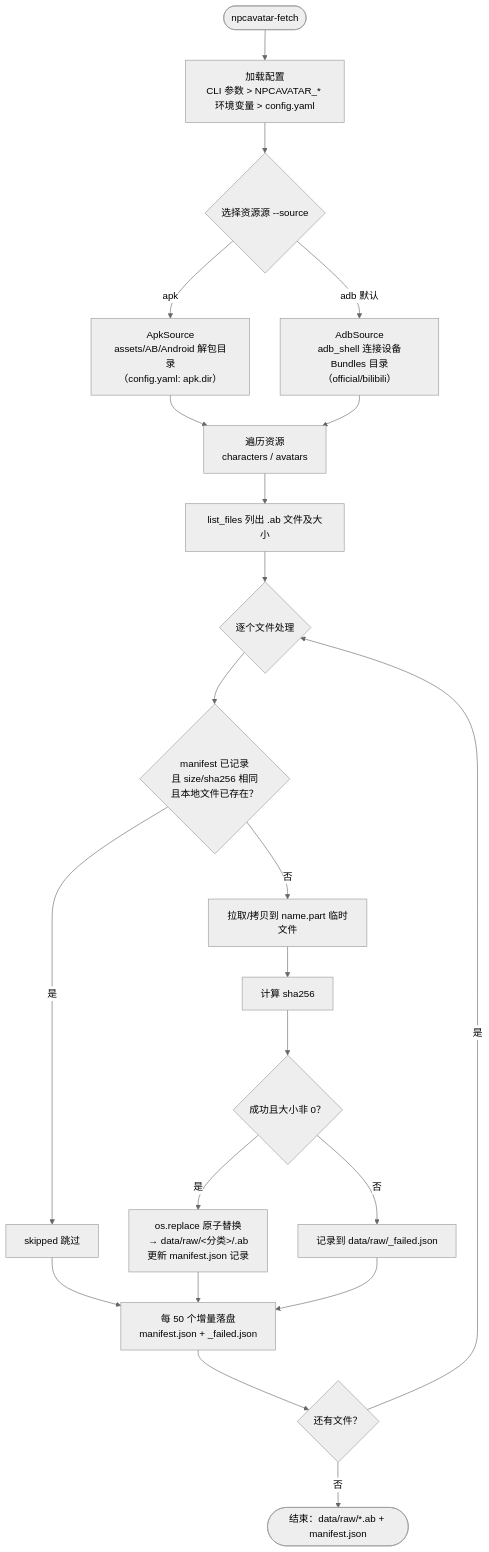
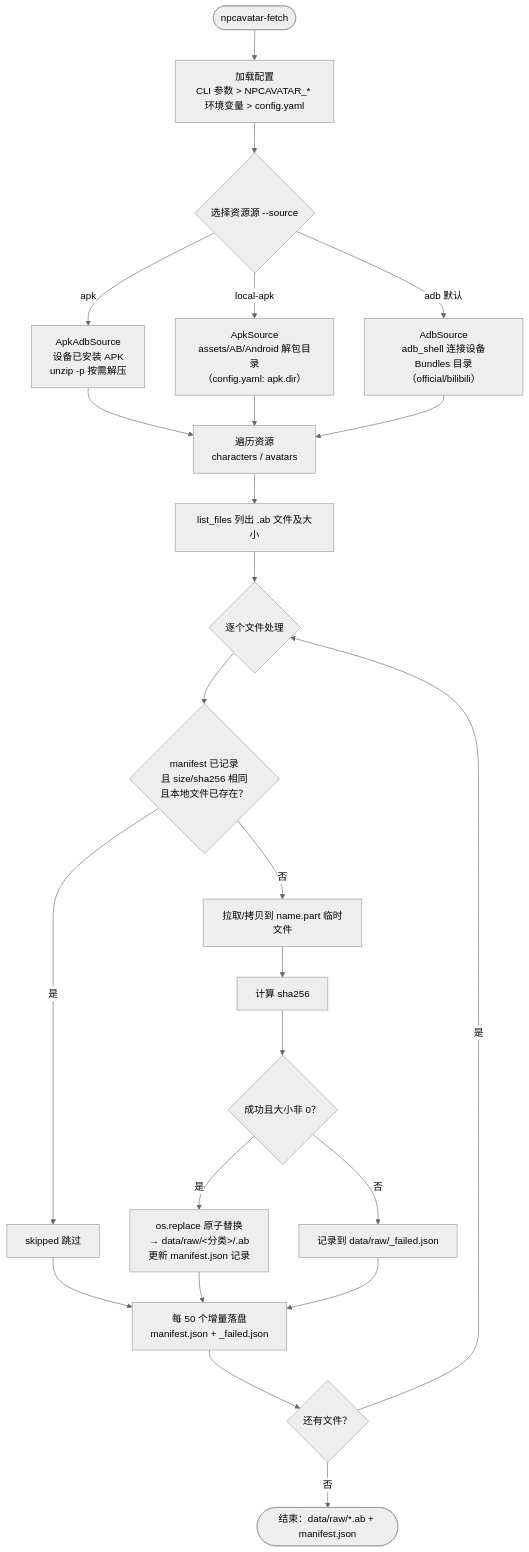
Before and after one commit to Arkfans/ArknightsAvatar: the second of 10 diagrams in docs/生产流程图.md, drawn with Mermaid (neutral theme). The commit also changed other lines of this file and 11 other files, not shown here.

````diff
--- a/docs/生产流程图.md
+++ b/docs/生产流程图.md
@@ -49,24 +49,26 @@
 ```mermaid
 flowchart TD
     Start(["npcavatar-fetch"]) --> Cfg["加载配置<br/>CLI 参数 > NPCAVATAR_* 环境变量 > config.yaml"]
     Cfg --> Src{"选择资源源 --source"}
-    Src -->|"apk"| APK["ApkSource<br/>assets/AB/Android 解包目录<br/>（config.yaml: apk.dir）"]
+    Src -->|"apk"| APK["ApkAdbSource<br/>设备已安装 APK<br/>unzip -p 按需解压"]
+    Src -->|"local-apk"| LOCAL["ApkSource<br/>assets/AB/Android 解包目录<br/>（config.yaml: apk.dir）"]
     Src -->|"adb 默认"| ADB["AdbSource<br/>adb_shell 连接设备<br/>Bundles 目录（official/bilibili）"]
     APK --> Cat["遍历资源<br/>characters / avatars"]
+    LOCAL --> Cat
     ADB --> Cat
     Cat --> List["list_files 列出 .ab 文件及大小"]
     List --> Loop{"逐个文件处理"}
     Loop --> Chk{"manifest 已记录<br/>且 size/sha256 相同<br/>且本地文件已存在？"}
     Chk -->|"是"| Skip["skipped 跳过"]
     Chk -->|"否"| Pull["拉取/拷贝到 name.part 临时文件"]
     Pull --> Hash["计算 sha256"]
     Hash --> OK{"成功且大小非 0？"}
     OK -->|"是"| Move["os.replace 原子替换<br/>→ data/raw/<分类>/<name>.ab<br/>更新 manifest.json 记录"]
     OK -->|"否"| Fail["记录到 data/raw/_failed.json"]
     Move --> Save["每 50 个增量落盘<br/>manifest.json + _failed.json"]
     Skip --> Save
     Fail --> Save
     Save --> Next{"还有文件？"}
     Next -->|"是"| Loop
     Next -->|"否"| Done(["结束：data/raw/*.ab + manifest.json"])
 ```
````
